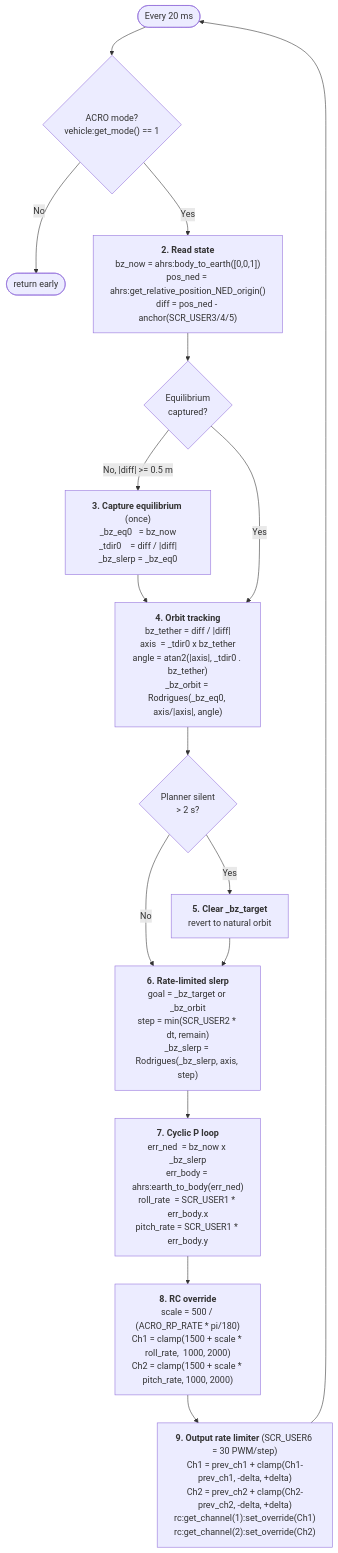
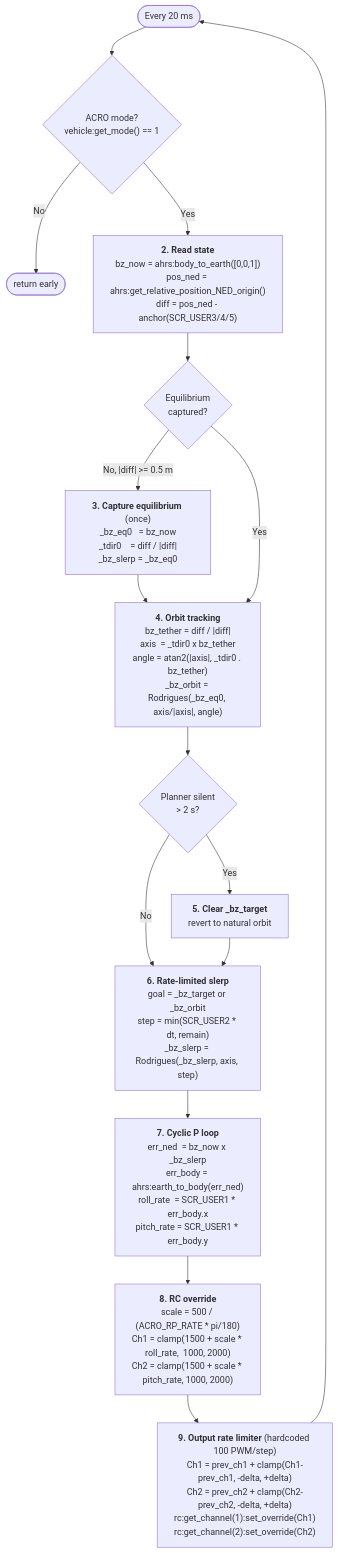
Before and after one commit to mcroomp/windpower: the third of 3 diagrams in system/stack.md, drawn with Mermaid. The commit also changed other lines of this file and 4 other files, not shown here.

````diff
--- a/system/stack.md
+++ b/system/stack.md
@@ -802,23 +791,23 @@
 ```mermaid
 flowchart TD
     START(["Every 20 ms"]) --> GUARD{"ACRO mode?<BR/>vehicle:get_mode() == 1"}
     GUARD -- No --> SKIP(["return early"])
     GUARD -- Yes --> READ["<b>2. Read state</b><BR/>bz_now = ahrs:body_to_earth([0,0,1])<BR/>pos_ned = ahrs:get_relative_position_NED_origin()<BR/>diff = pos_ned - anchor(SCR_USER3/4/5)"]
 
     READ --> CAPT{"Equilibrium<BR/>captured?"}
     CAPT -- "No, |diff| >= 0.5 m" --> CAPTURE["<b>3. Capture equilibrium</b> (once)<BR/>_bz_eq0   = bz_now<BR/>_tdir0    = diff / |diff|<BR/>_bz_slerp = _bz_eq0"]
     CAPTURE --> ORBIT
     CAPT -- Yes --> ORBIT["<b>4. Orbit tracking</b><BR/>bz_tether = diff / |diff|<BR/>axis  = _tdir0 x bz_tether<BR/>angle = atan2(|axis|, _tdir0 . bz_tether)<BR/>_bz_orbit = Rodrigues(_bz_eq0, axis/|axis|, angle)"]
 
     ORBIT --> TIMEOUT{"Planner silent<BR/>> 2 s?"}
     TIMEOUT -- Yes --> CLEAR["<b>5. Clear _bz_target</b><BR/>revert to natural orbit"]
     TIMEOUT -- No --> SLERP
     CLEAR --> SLERP["<b>6. Rate-limited slerp</b><BR/>goal = _bz_target or _bz_orbit<BR/>step = min(SCR_USER2 * dt, remain)<BR/>_bz_slerp = Rodrigues(_bz_slerp, axis, step)"]
 
     SLERP --> CYCLIC["<b>7. Cyclic P loop</b><BR/>err_ned  = bz_now x _bz_slerp<BR/>err_body = ahrs:earth_to_body(err_ned)<BR/>roll_rate  = SCR_USER1 * err_body.x<BR/>pitch_rate = SCR_USER1 * err_body.y"]
 
     CYCLIC --> RC["<b>8. RC override</b><BR/>scale = 500 / (ACRO_RP_RATE * pi/180)<BR/>Ch1 = clamp(1500 + scale * roll_rate,  1000, 2000)<BR/>Ch2 = clamp(1500 + scale * pitch_rate, 1000, 2000)"]
 
-    RC --> RLIMIT["<b>9. Output rate limiter</b> (SCR_USER6 = 30 PWM/step)<BR/>Ch1 = prev_ch1 + clamp(Ch1-prev_ch1, -delta, +delta)<BR/>Ch2 = prev_ch2 + clamp(Ch2-prev_ch2, -delta, +delta)<BR/>rc:get_channel(1):set_override(Ch1)<BR/>rc:get_channel(2):set_override(Ch2)"]
+    RC --> RLIMIT["<b>9. Output rate limiter</b> (hardcoded 100 PWM/step)<BR/>Ch1 = prev_ch1 + clamp(Ch1-prev_ch1, -delta, +delta)<BR/>Ch2 = prev_ch2 + clamp(Ch2-prev_ch2, -delta, +delta)<BR/>rc:get_channel(1):set_override(Ch1)<BR/>rc:get_channel(2):set_override(Ch2)"]
     RLIMIT --> START
 ```
````
